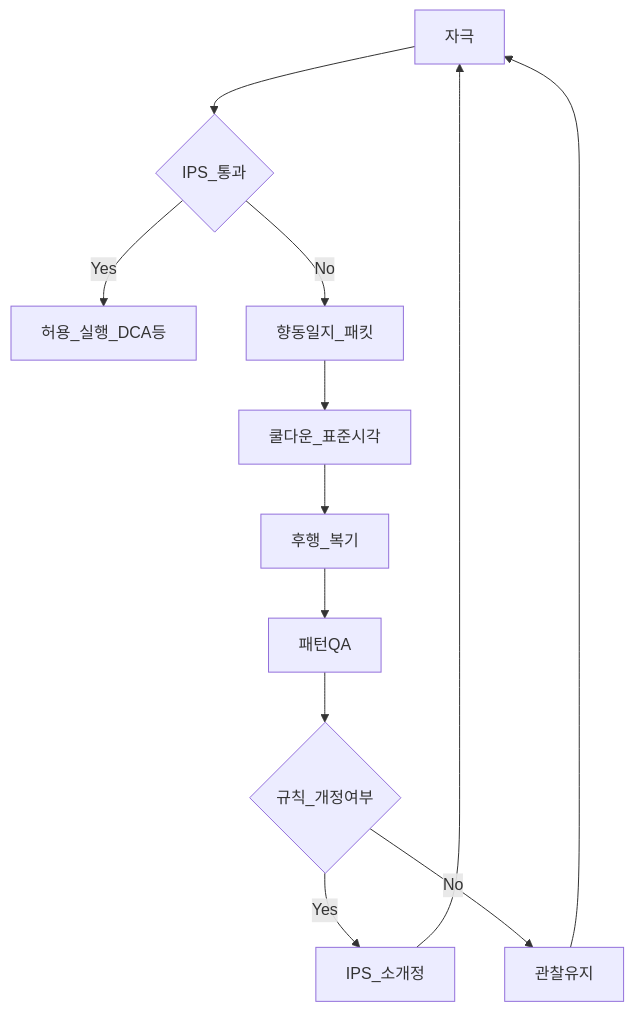
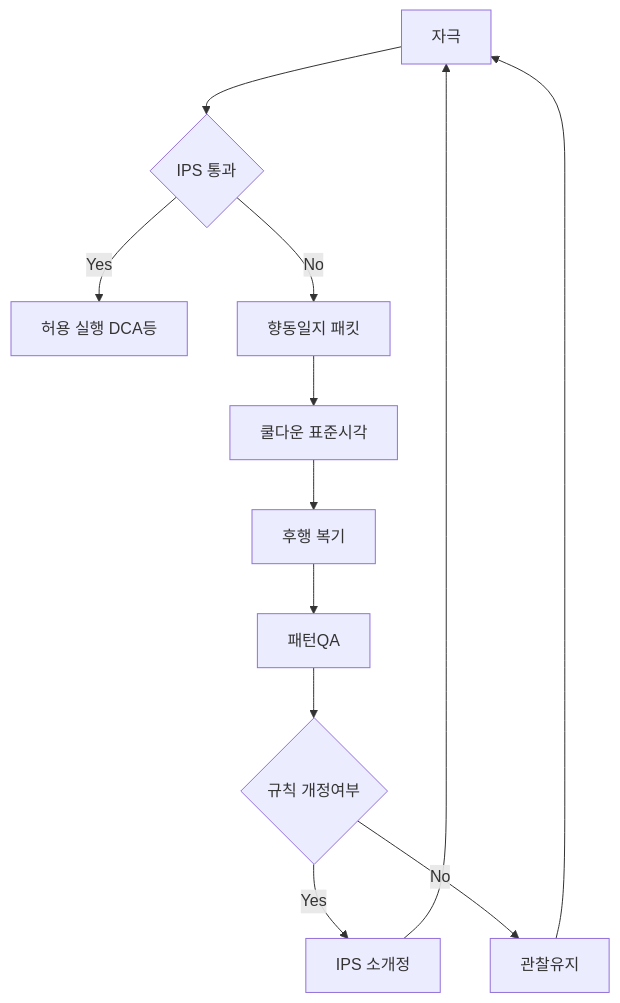
One commit to goldanghenry/Finances changed the first of 5 diagrams in 05-behavioral/investment-journal-psychology.md. Above: the diagram before and after it, drawn with Mermaid. The commit also changed other lines of this file and 211 other files, not shown here.

````diff
--- a/05-behavioral/investment-journal-psychology.md
+++ b/05-behavioral/investment-journal-psychology.md
@@ -121,14 +135,14 @@
 ```mermaid
 flowchart TD
-  trig[자극] --> filt{IPS_통과}
-  filt -->|Yes| exe[허용_실행_DCA등]
-  filt -->|No| log[향동일지_패킷]
-  log --> cd[쿨다운_표준시각]
-  cd --> retr[후행_복기]
+  trig[자극] --> filt{"IPS 통과"}
+  filt -->|Yes| exe["허용 실행 DCA등"]
+  filt -->|No| log["향동일지 패킷"]
+  log --> cd["쿨다운 표준시각"]
+  cd --> retr["후행 복기"]
   retr --> qa[패턴QA]
-  qa --> rule{규칙_개정여부}
-  rule -->|Yes| ips[IPS_소개정]
+  qa --> rule{"규칙 개정여부"}
+  rule -->|Yes| ips["IPS 소개정"]
   rule -->|No| keep[관찰유지]
   ips --> trig
   keep --> trig
 ```
````
